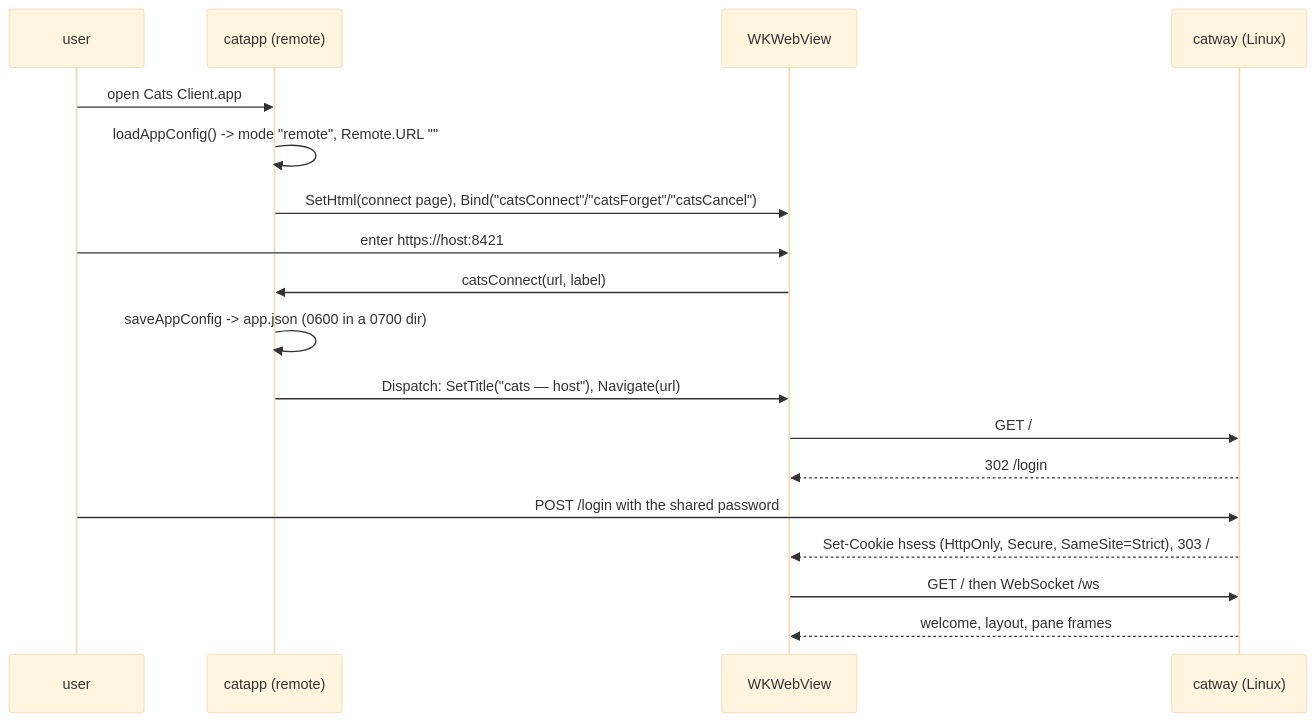
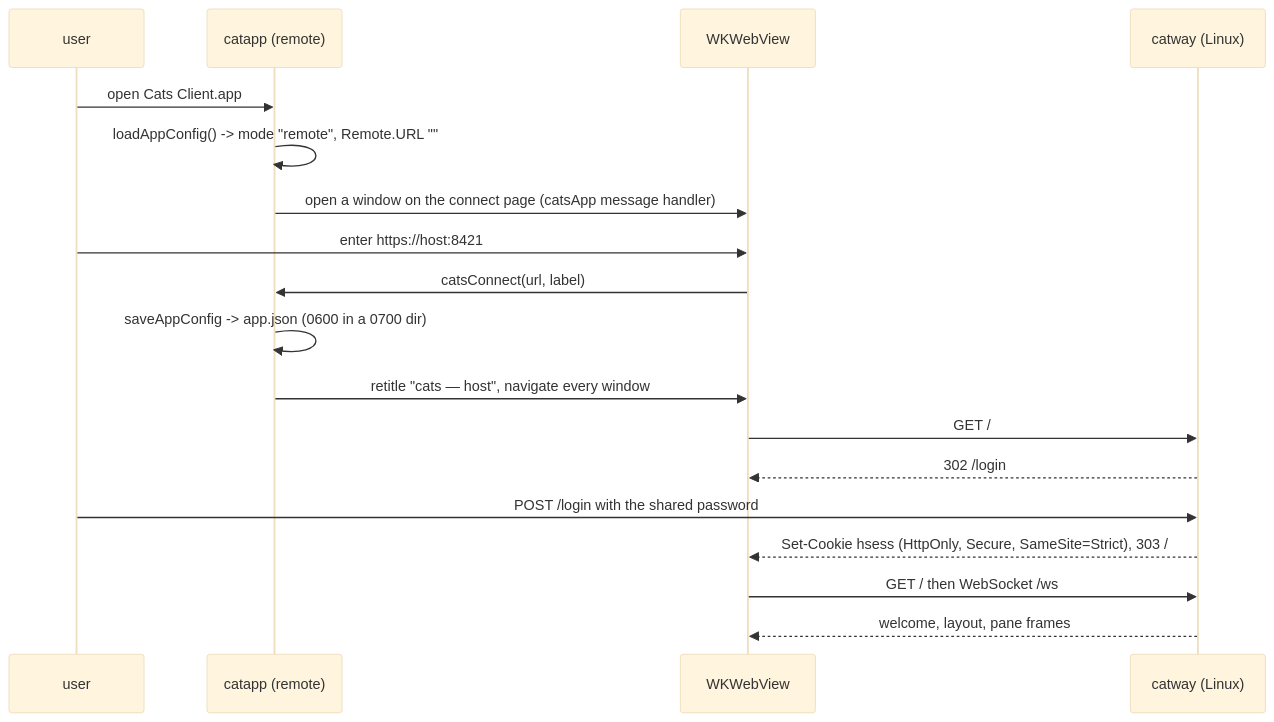
The second of 4 diagrams in docs/architecture/mac-client-linux-server.md (rohanthewiz/cats), drawn with Mermaid (base theme) before and after one commit. The commit also changed other lines of this file and 44 other files, not shown here.

````diff
--- a/docs/architecture/mac-client-linux-server.md
+++ b/docs/architecture/mac-client-linux-server.md
@@ -70,21 +70,21 @@
 ```mermaid
 sequenceDiagram
   participant U as user
   participant APP as catapp (remote)
   participant WK as WKWebView
   participant GW as catway (Linux)
 
   U->>APP: open Cats Client.app
   APP->>APP: loadAppConfig() -> mode "remote", Remote.URL ""
-  APP->>WK: SetHtml(connect page), Bind("catsConnect"/"catsForget"/"catsCancel")
+  APP->>WK: open a window on the connect page (catsApp message handler)
   U->>WK: enter https://host:8421
   WK->>APP: catsConnect(url, label)
   APP->>APP: saveAppConfig -> app.json (0600 in a 0700 dir)
-  APP->>WK: Dispatch: SetTitle("cats — host"), Navigate(url)
+  APP->>WK: retitle "cats — host", navigate every window
   WK->>GW: GET /
   GW-->>WK: 302 /login
   U->>GW: POST /login with the shared password
   GW-->>WK: Set-Cookie hsess (HttpOnly, Secure, SameSite=Strict), 303 /
   WK->>GW: GET / then WebSocket /ws
   GW-->>WK: welcome, layout, pane frames
 ```
````
